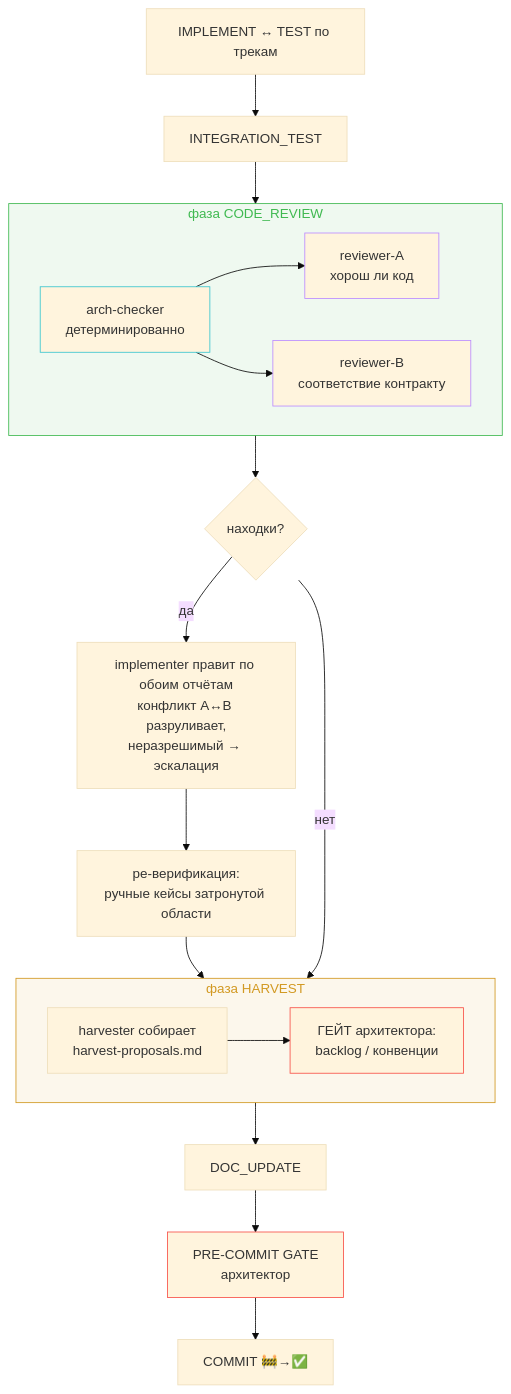
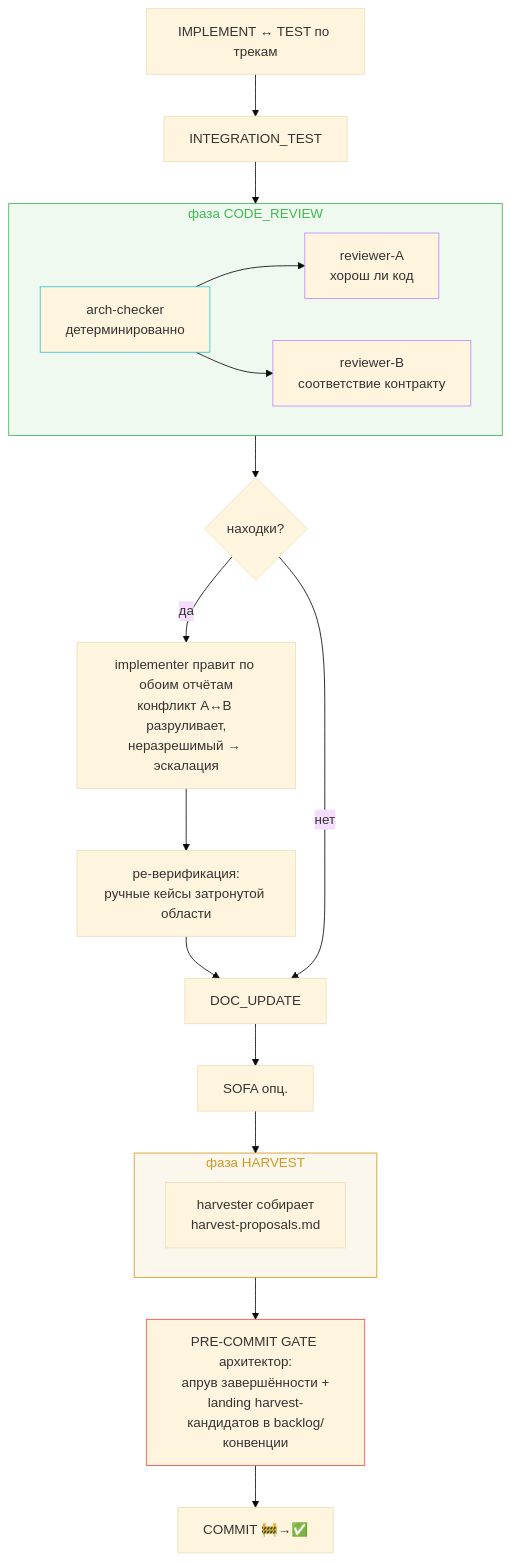
One commit to Bbar0n234/learnflow-ai changed the first of 4 diagrams in doc/tasks/iterations/codebase-maturity/feat-008-enforcement/design-brief.md. Above: the diagram before and after it, drawn with Mermaid (base theme). The commit also changed other lines of this file and 6 other files, not shown here.

````diff
--- a/doc/tasks/iterations/codebase-maturity/feat-008-enforcement/design-brief.md
+++ b/doc/tasks/iterations/codebase-maturity/feat-008-enforcement/design-brief.md
@@ -33,32 +33,33 @@
 ```mermaid
 flowchart TD
     IMPL[IMPLEMENT ↔ TEST по трекам] --> ITEST[INTEGRATION_TEST]
     ITEST --> CR
 
     subgraph CR[фаза CODE_REVIEW]
         ARCH[arch-checker<br/>детерминированно] --> RA[reviewer-A<br/>хорош ли код]
         ARCH --> RB[reviewer-B<br/>соответствие контракту]
     end
 
     CR --> FIX{находки?}
     FIX -- да --> IMPL2[implementer правит по обоим отчётам<br/>конфликт A↔B разруливает,<br/>неразрешимый → эскалация]
     IMPL2 --> REV[ре-верификация:<br/>ручные кейсы затронутой области]
-    REV --> HARV
-    FIX -- нет --> HARV
+    REV --> DOC
+    FIX -- нет --> DOC
+
+    DOC[DOC_UPDATE] --> SOFA[SOFA опц.]
+    SOFA --> HARV
 
     subgraph HARV[фаза HARVEST]
-        PROP[harvester собирает<br/>harvest-proposals.md] --> GATE2[ГЕЙТ архитектора:<br/>backlog / конвенции]
+        PROP[harvester собирает<br/>harvest-proposals.md]
     end
 
-    HARV --> DOC[DOC_UPDATE]
-    DOC --> GATE[PRE-COMMIT GATE<br/>архитектор]
+    HARV --> GATE[PRE-COMMIT GATE архитектор:<br/>апрув завершённости +<br/>landing harvest-кандидатов в backlog/конвенции]
     GATE --> COMMIT[COMMIT 🚧→✅]
 
     style CR fill:#3fb95015,stroke:#3fb950,color:#3fb950
     style HARV fill:#d2992215,stroke:#d29922,color:#d29922
     style ARCH stroke:#39c5cf
     style RA stroke:#bc8cff
     style RB stroke:#bc8cff
     style GATE stroke:#f85149
-    style GATE2 stroke:#f85149
 ```
````
